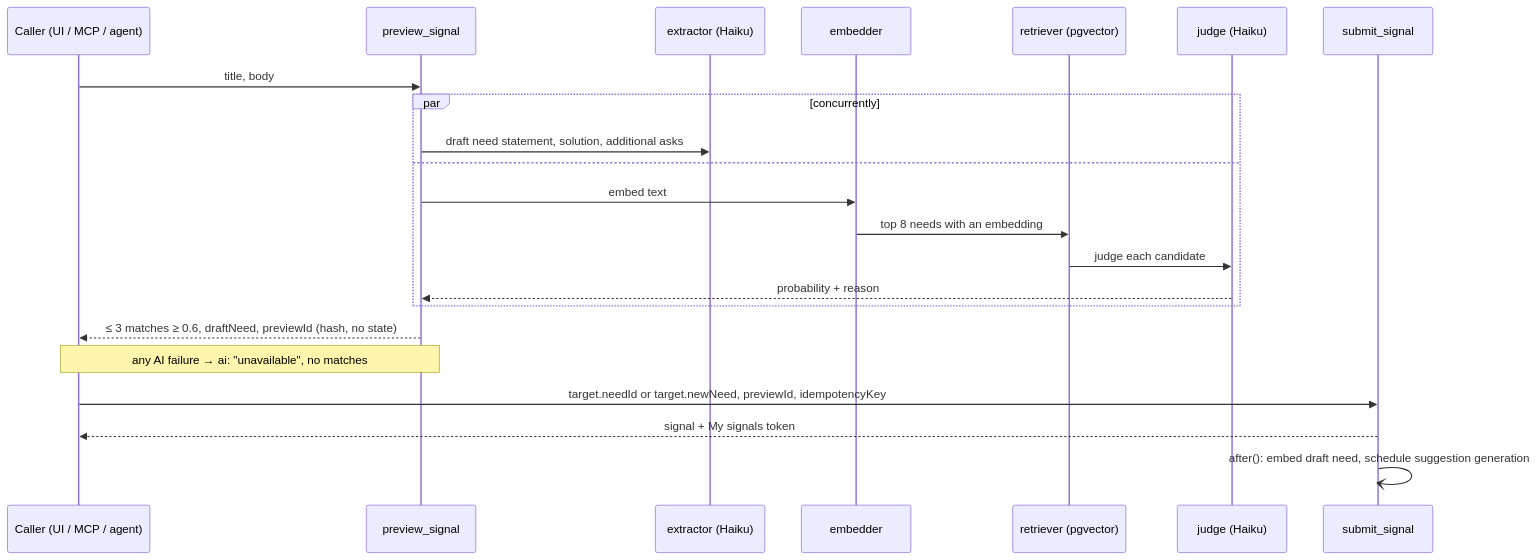
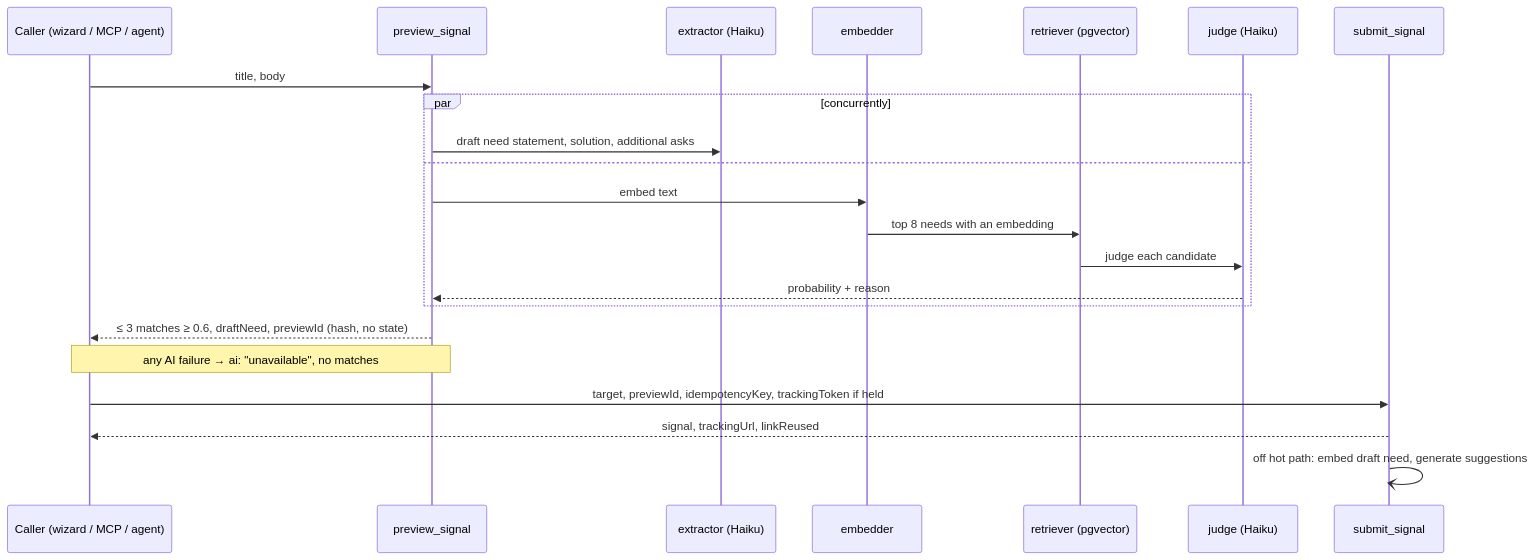
Before and after one commit to gaboesquivel/flow-signal: the second of 6 diagrams in docs/harness/ai-pipelines.md, drawn with Mermaid. The commit also changed other lines of this file and 7 other files, not shown here.

First line of the commit message:
docs(harness): refresh diagrams for specs 006, 007, and 010 (#12)

````diff
--- a/docs/harness/ai-pipelines.md
+++ b/docs/harness/ai-pipelines.md
@@ -26,24 +27,24 @@
 ```mermaid
 sequenceDiagram
-  participant C as Caller (UI / MCP / agent)
+  participant C as Caller (wizard / MCP / agent)
   participant P as preview_signal
   participant X as extractor (Haiku)
   participant E as embedder
   participant R as retriever (pgvector)
   participant J as judge (Haiku)
   participant S as submit_signal
   C->>P: title, body
   par concurrently
     P->>X: draft need statement, solution, additional asks
   and
     P->>E: embed text
     E->>R: top 8 needs with an embedding
     R->>J: judge each candidate
     J-->>P: probability + reason
   end
   P-->>C: ≤ 3 matches ≥ 0.6, draftNeed, previewId (hash, no state)
   Note over P,C: any AI failure → ai: "unavailable", no matches
-  C->>S: target.needId or target.newNeed, previewId, idempotencyKey
-  S-->>C: signal + My signals token
-  S-)S: after(): embed draft need, schedule suggestion generation
+  C->>S: target, previewId, idempotencyKey, trackingToken if held
+  S-->>C: signal, trackingUrl, linkReused
+  S-)S: off hot path: embed draft need, generate suggestions
 ```
````
